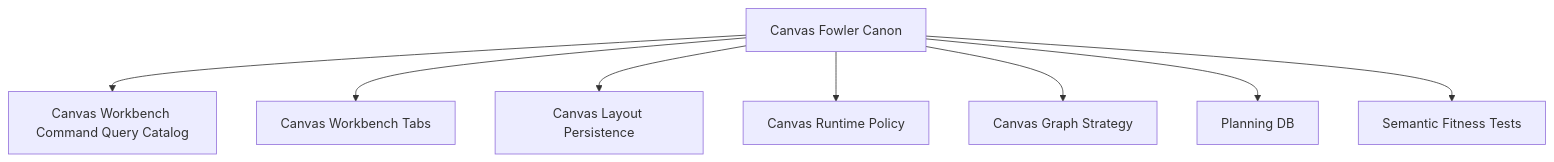
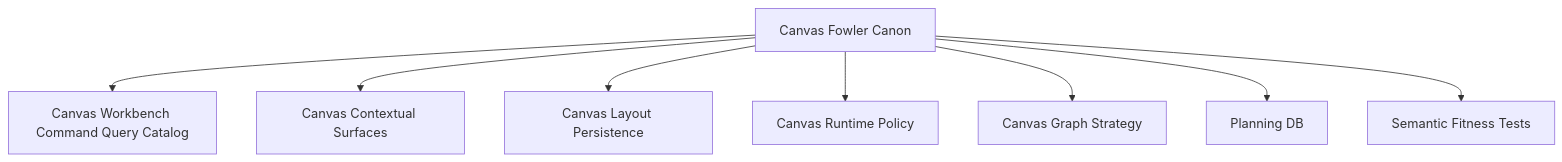
One commit to dunay2/dvt changed the second of 2 diagrams in docs/architecture/components/web/graph/canvas-fowler-canon-component.md. Above: the diagram before and after it, drawn with Mermaid. The commit also changed other lines of this file and 26 other files, not shown here.

Commit message:
refactor(web): Retire legacy Canvas workbench tabs

````diff
--- a/docs/architecture/components/web/graph/canvas-fowler-canon-component.md
+++ b/docs/architecture/components/web/graph/canvas-fowler-canon-component.md
@@ -83,19 +81,19 @@
 ```mermaid
 flowchart TD
   Canon["Canvas Fowler Canon"]
   CQ["Canvas Workbench Command Query Catalog"]
-  Tabs["Canvas Workbench Tabs"]
+  Context["Canvas Contextual Surfaces"]
   Layout["Canvas Layout Persistence"]
   Policy["Canvas Runtime Policy"]
   Strategy["Canvas Graph Strategy"]
   Planning["Planning DB"]
   Proof["Semantic Fitness Tests"]
 
   Canon --> CQ
-  Canon --> Tabs
+  Canon --> Context
   Canon --> Layout
   Canon --> Policy
   Canon --> Strategy
   Canon --> Planning
   Canon --> Proof
 ```
````
